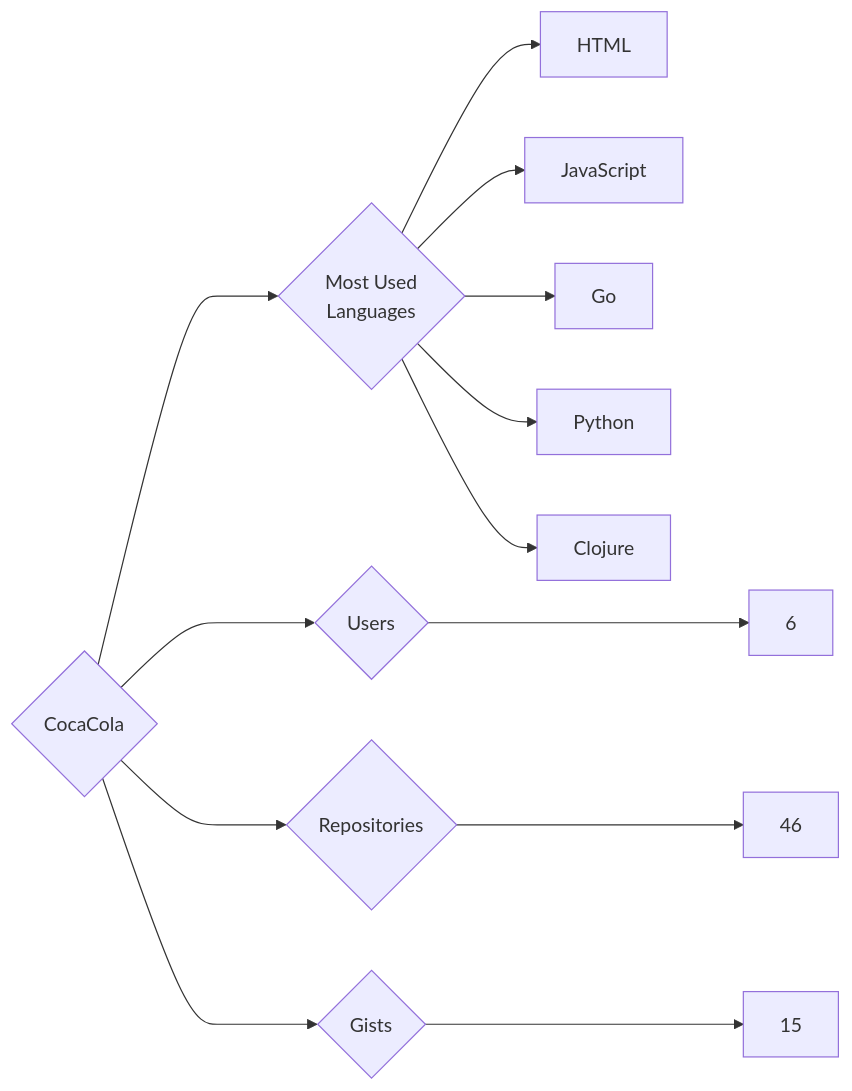
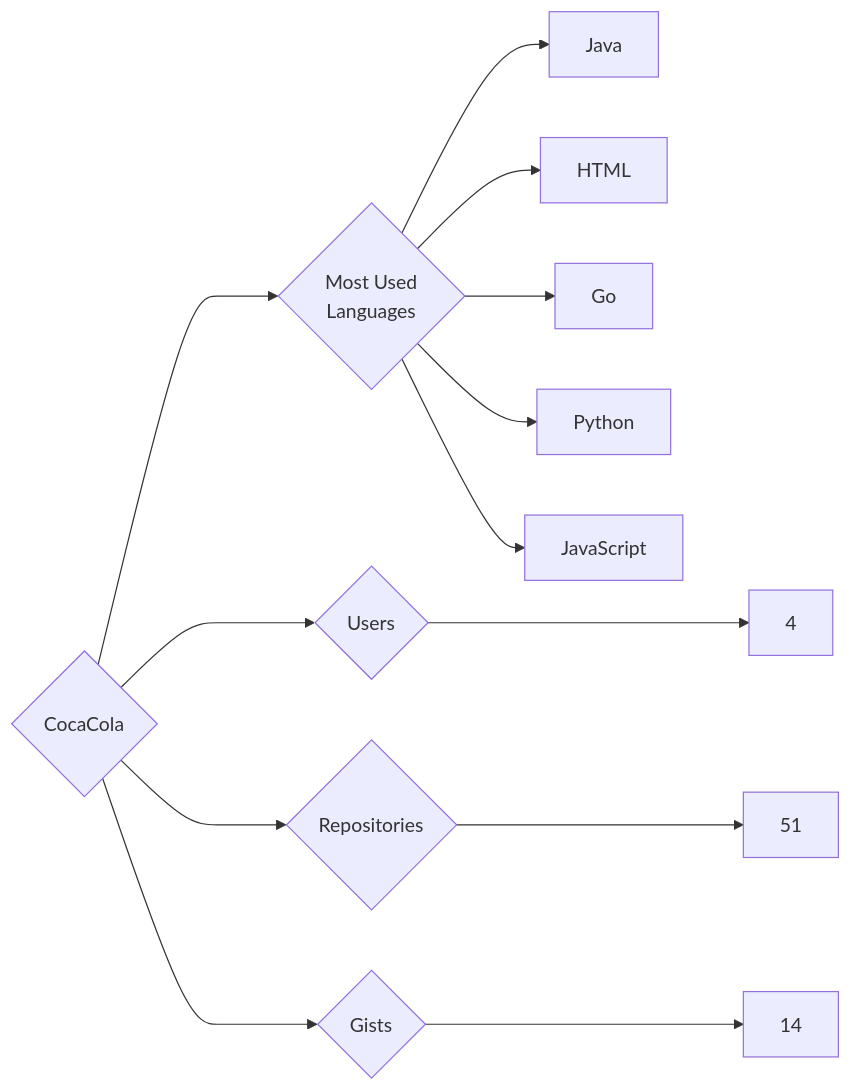
Before and after one commit to trickest/insiders: the diagram in targets/CocaCola/README.md, drawn with Mermaid. The commit also changed 1148 other files, not shown here.

````diff
--- a/targets/CocaCola/README.md
+++ b/targets/CocaCola/README.md
@@ -3,13 +3,13 @@
 ```mermaid
 graph LR
 COMPANY_NAME{CocaCola}
-COMPANY_NAME ---> U{Users} ---> UN[6]
-COMPANY_NAME ---> R{Repositories} ---> RN[46]
-COMPANY_NAME ---> G{Gists} ---> GN[15]
+COMPANY_NAME ---> U{Users} ---> UN[4]
+COMPANY_NAME ---> R{Repositories} ---> RN[51]
+COMPANY_NAME ---> G{Gists} ---> GN[14]
 COMPANY_NAME ---> ML{Most Used<br>Languages}
+ML --> Java[Java]
 ML --> HTML[HTML]
-ML --> JavaScript[JavaScript]
 ML --> Go[Go]
 ML --> Python[Python]
-ML --> Clojure[Clojure]
+ML --> JavaScript[JavaScript]
 ```
````
